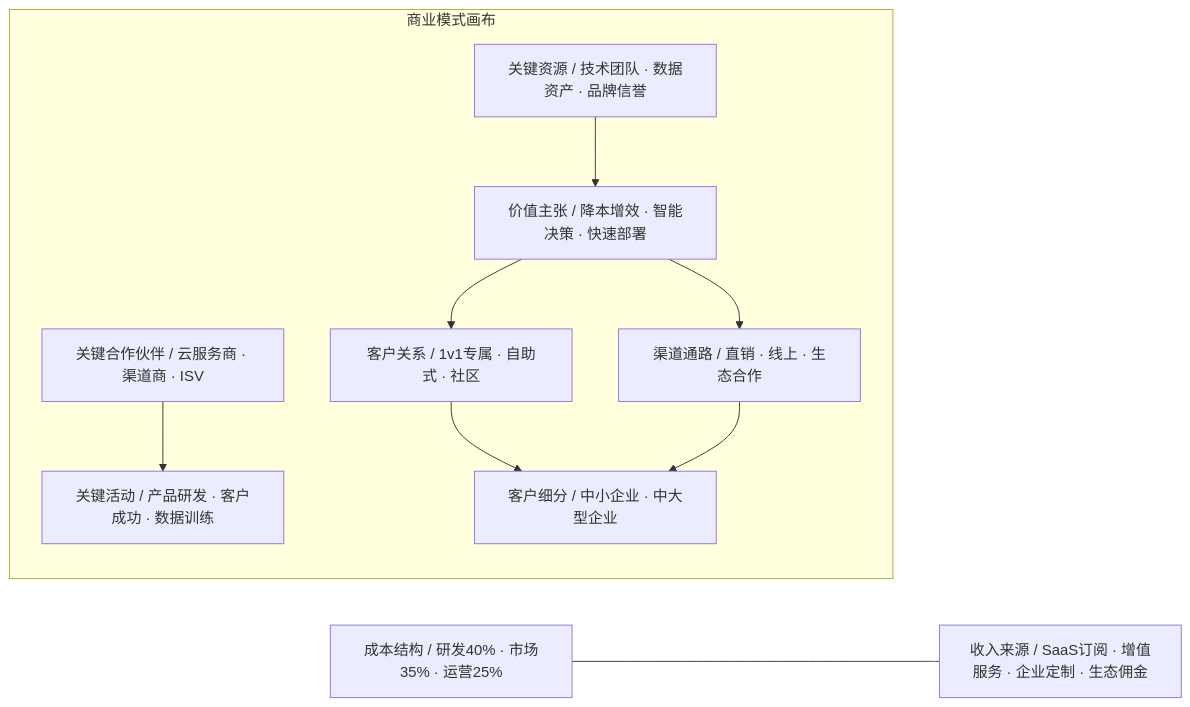
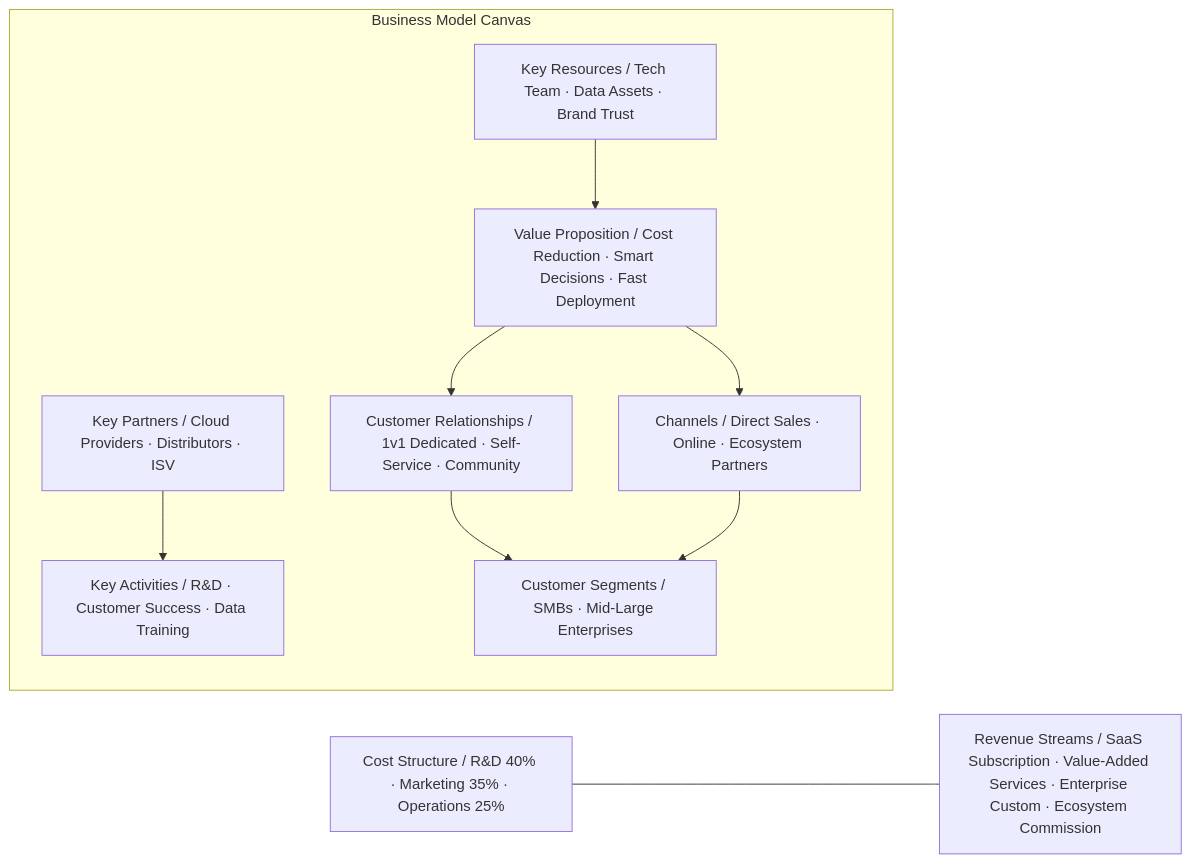
Before and after one commit to Kirky-X/cangjie: the fourth of 10 diagrams in templates/【模板】商业计划书.md, drawn with Mermaid. The commit also changed other lines of this file and 60 other files, not shown here.

````diff
--- a/templates/【模板】商业计划书.md
+++ b/templates/【模板】商业计划书.md
@@ -163,12 +163,12 @@
 ```mermaid
 graph LR
-    subgraph bmc[商业模式画布]
-        KP[关键合作伙伴 / 云服务商 · 渠道商 · ISV] --> KA[关键活动 / 产品研发 · 客户成功 · 数据训练]
-        KR[关键资源 / 技术团队 · 数据资产 · 品牌信誉] --> VP[价值主张 / 降本增效 · 智能决策 · 快速部署]
-        VP --> CR[客户关系 / 1v1专属 · 自助式 · 社区]
-        VP --> CH[渠道通路 / 直销 · 线上 · 生态合作]
-        CR --> CS[客户细分 / 中小企业 · 中大型企业]
+    subgraph bmc[Business Model Canvas]
+        KP[Key Partners / Cloud Providers · Distributors · ISV] --> KA[Key Activities / R&D · Customer Success · Data Training]
+        KR[Key Resources / Tech Team · Data Assets · Brand Trust] --> VP[Value Proposition / Cost Reduction · Smart Decisions · Fast Deployment]
+        VP --> CR[Customer Relationships / 1v1 Dedicated · Self-Service · Community]
+        VP --> CH[Channels / Direct Sales · Online · Ecosystem Partners]
+        CR --> CS[Customer Segments / SMBs · Mid-Large Enterprises]
         CH --> CS
     end
-    COST[成本结构 / 研发40% · 市场35% · 运营25%] --- REV[收入来源 / SaaS订阅 · 增值服务 · 企业定制 · 生态佣金]
+    COST[Cost Structure / R&D 40% · Marketing 35% · Operations 25%] --- REV[Revenue Streams / SaaS Subscription · Value-Added Services · Enterprise Custom · Ecosystem Commission]
 ```
````
